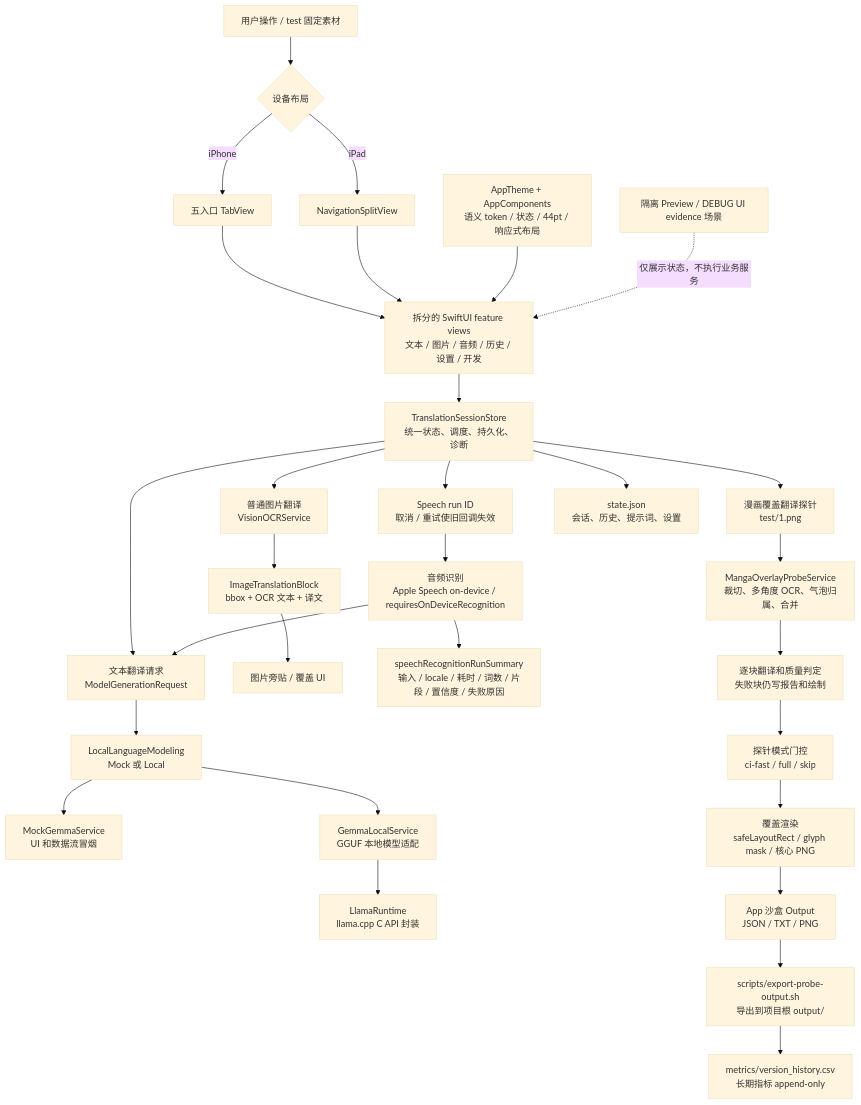
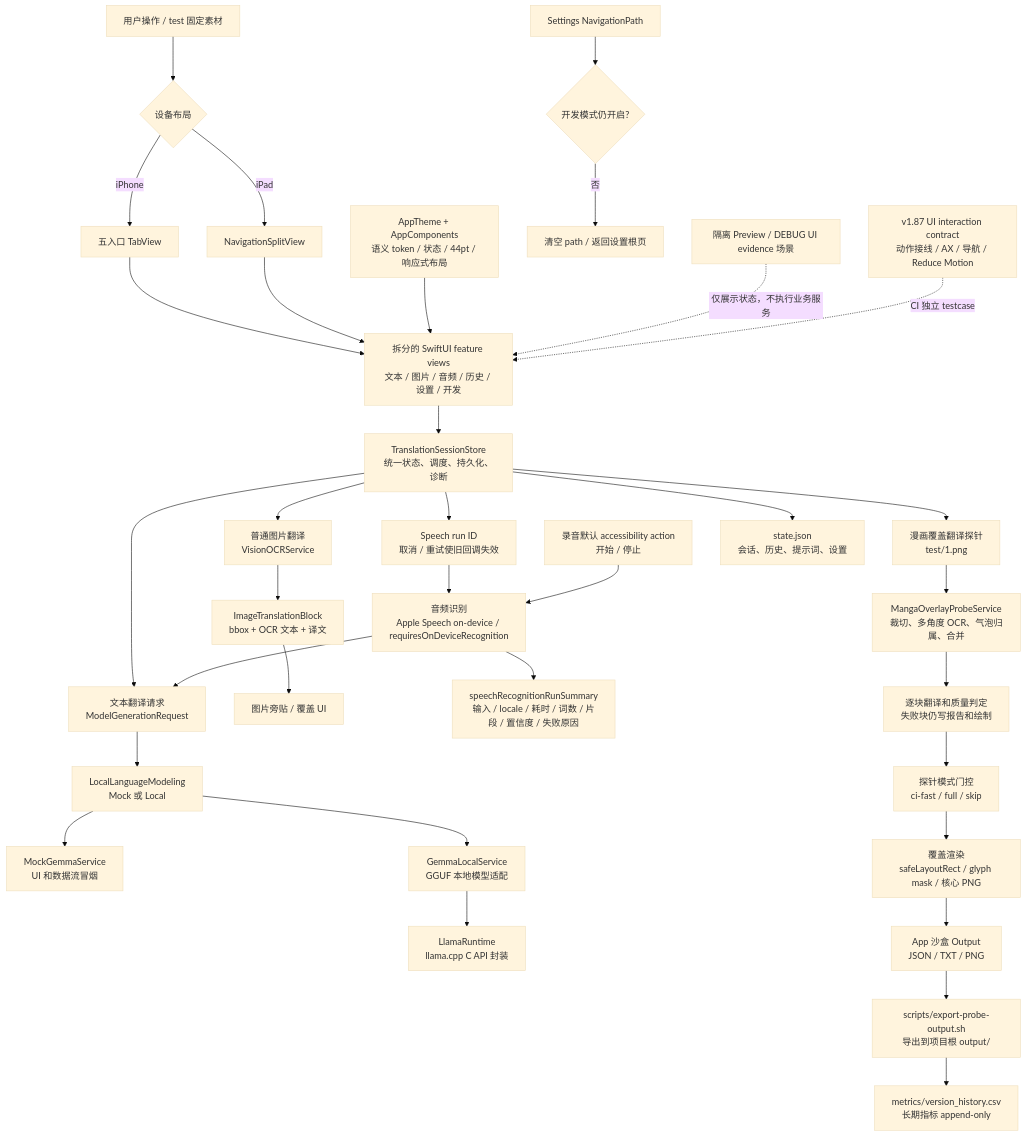
One commit to bengzhu/project1_lgbt_naxida changed the first of 3 diagrams in md/flow/flowchart.md. Above: the diagram before and after it, drawn with Mermaid (base theme). The commit also changed 11 other files, not shown here.

````diff
--- a/md/flow/flowchart.md
+++ b/md/flow/flowchart.md
@@ -7,45 +7,50 @@
 ```mermaid
 flowchart TD
   %% 用户入口：文本、图片、音频、开发页探针
   A["用户操作 / test 固定素材"] --> NAV{"设备布局"}
   NAV -->|"iPhone"| TAB["五入口 TabView"]
   NAV -->|"iPad"| SPLIT["NavigationSplitView"]
   TAB --> B["拆分的 SwiftUI feature views<br/>文本 / 图片 / 音频 / 历史 / 设置 / 开发"]
   SPLIT --> B
   DS["AppTheme + AppComponents<br/>语义 token / 状态 / 44pt / 响应式布局"] --> B
 
   %% 状态中心：所有业务动作统一进入 store
   B --> C["TranslationSessionStore<br/>统一状态、调度、持久化、诊断"]
 
   %% 文本翻译分支：普通用户输入
   C --> D["文本翻译请求<br/>ModelGenerationRequest"]
   D --> E["LocalLanguageModeling<br/>Mock 或 Local"]
   E --> F["MockGemmaService<br/>UI 和数据流冒烟"]
   E --> G["GemmaLocalService<br/>GGUF 本地模型适配"]
   G --> H["LlamaRuntime<br/>llama.cpp C API 封装"]
 
   %% 图片 OCR 分支：普通图片翻译
   C --> I["普通图片翻译<br/>VisionOCRService"]
   I --> J["ImageTranslationBlock<br/>bbox + OCR 文本 + 译文"]
   J --> K["图片旁贴 / 覆盖 UI"]
 
   %% 音频分支：Apple 本机语音识别
   C --> LR["Speech run ID<br/>取消 / 重试使旧回调失效"]
   LR --> L["音频识别<br/>Apple Speech on-device / requiresOnDeviceRecognition"]
   L --> LV["speechRecognitionRunSummary<br/>输入 / locale / 耗时 / 词数 / 片段 / 置信度 / 失败原因"]
+  AX["录音默认 accessibility action<br/>开始 / 停止"] --> L
   L --> D
+
+  SETTINGS["Settings NavigationPath"] --> DEVRESET{"开发模式仍开启?"}
+  DEVRESET -->|"否"| SETTINGSROOT["清空 path / 返回设置根页"]
 
   %% 漫画探针分支：固定 test/1.png
   C --> M["漫画覆盖翻译探针<br/>test/1.png"]
   M --> N["MangaOverlayProbeService<br/>裁切、多角度 OCR、气泡归属、合并"]
   N --> O["逐块翻译和质量判定<br/>失败块仍写报告和绘制"]
   O --> P["探针模式门控<br/>ci-fast / full / skip"]
   P --> Q["覆盖渲染<br/>safeLayoutRect / glyph mask / 核心 PNG"]
 
   %% 输出：持久化和调试产物
   C --> R["state.json<br/>会话、历史、提示词、设置"]
   PREVIEW["隔离 Preview / DEBUG UI evidence 场景"] -. "仅展示状态，不执行业务服务" .-> B
+  CONTRACT["v1.87 UI interaction contract<br/>动作接线 / AX / 导航 / Reduce Motion"] -. "CI 独立 testcase" .-> B
   Q --> S["App 沙盒 Output<br/>JSON / TXT / PNG"]
   S --> T["scripts/export-probe-output.sh<br/>导出到项目根 output/"]
   T --> U["metrics/version_history.csv<br/>长期指标 append-only"]
 ```
````
